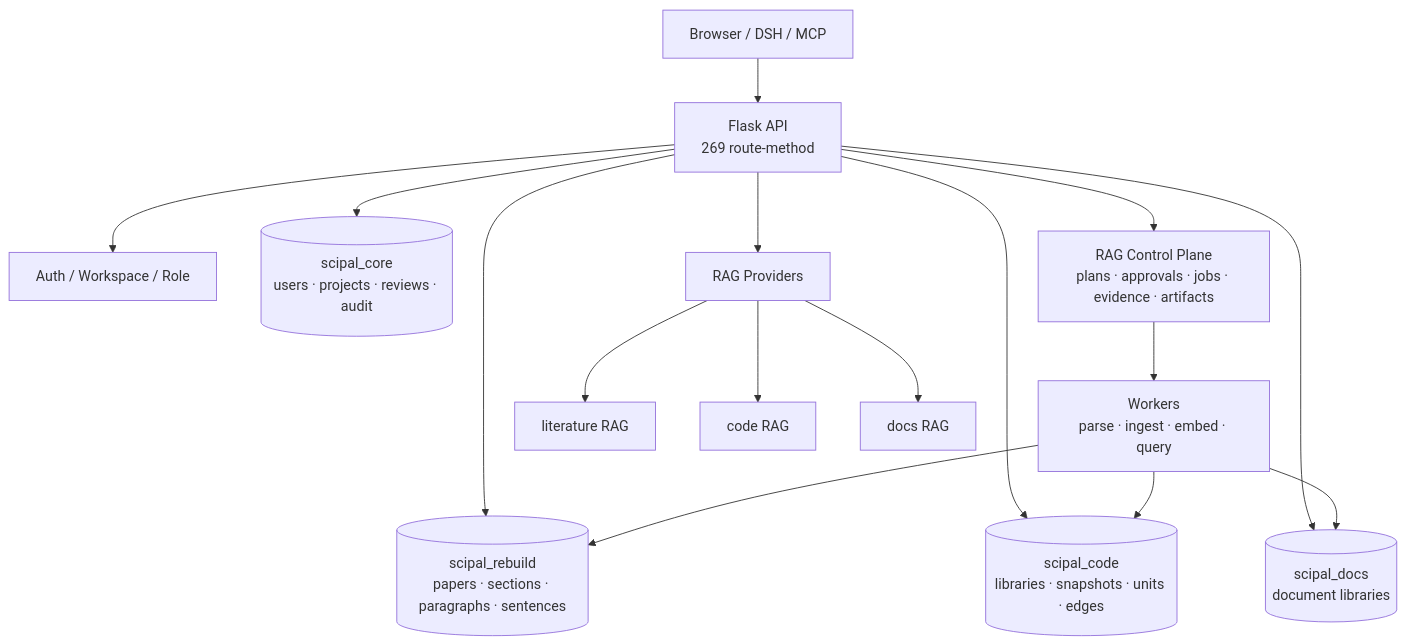
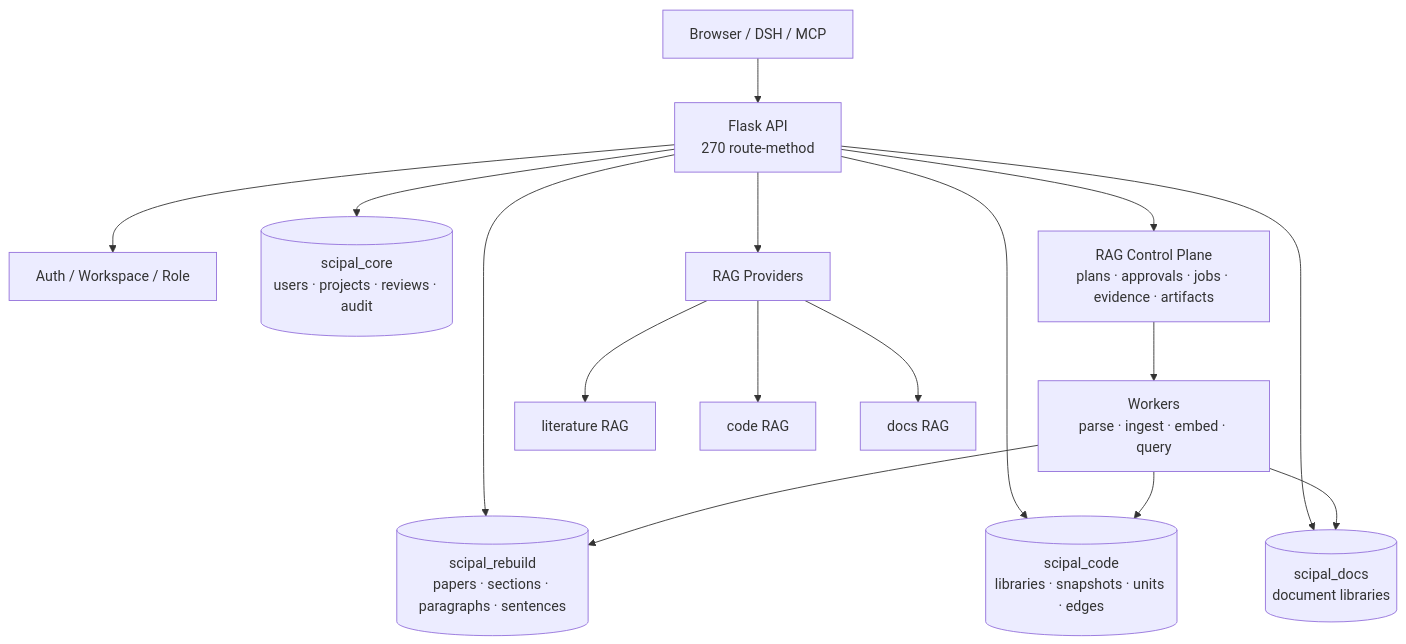
One commit to williamchen520/sci-pal changed the first of 2 diagrams in README.md. Above: the diagram before and after it, drawn with Mermaid. The commit also changed other lines of this file and 13 other files, not shown here.

````diff
--- a/README.md
+++ b/README.md
@@ -77,20 +77,20 @@
 ```mermaid
 flowchart TB
-    U["Browser / DSH / MCP"] --> API["Flask API<br/>269 route-method"]
+    U["Browser / DSH / MCP"] --> API["Flask API<br/>270 route-method"]
     API --> AUTH["Auth / Workspace / Role"]
     API --> CORE[("scipal_core<br/>users · projects · reviews · audit")]
     API --> CORPUS[("scipal_rebuild<br/>papers · sections · paragraphs · sentences")]
     API --> CODE[("scipal_code<br/>libraries · snapshots · units · edges")]
     API --> DOCS[("scipal_docs<br/>document libraries")]
 
     API --> CP["RAG Control Plane<br/>plans · approvals · jobs · evidence · artifacts"]
     CP --> WORKER["Workers<br/>parse · ingest · embed · query"]
     WORKER --> CORPUS
     WORKER --> CODE
     WORKER --> DOCS
 
     API --> PROV["RAG Providers"]
     PROV --> LIT["literature RAG"]
     PROV --> CRAG["code RAG"]
     PROV --> DRAG["docs RAG"]
 ```
````
